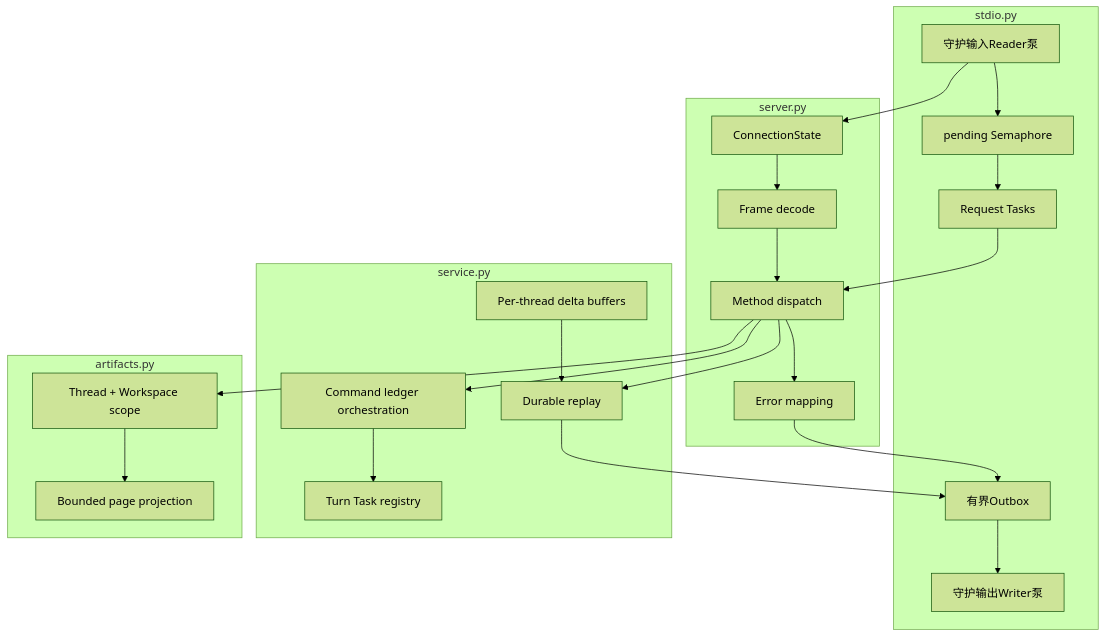
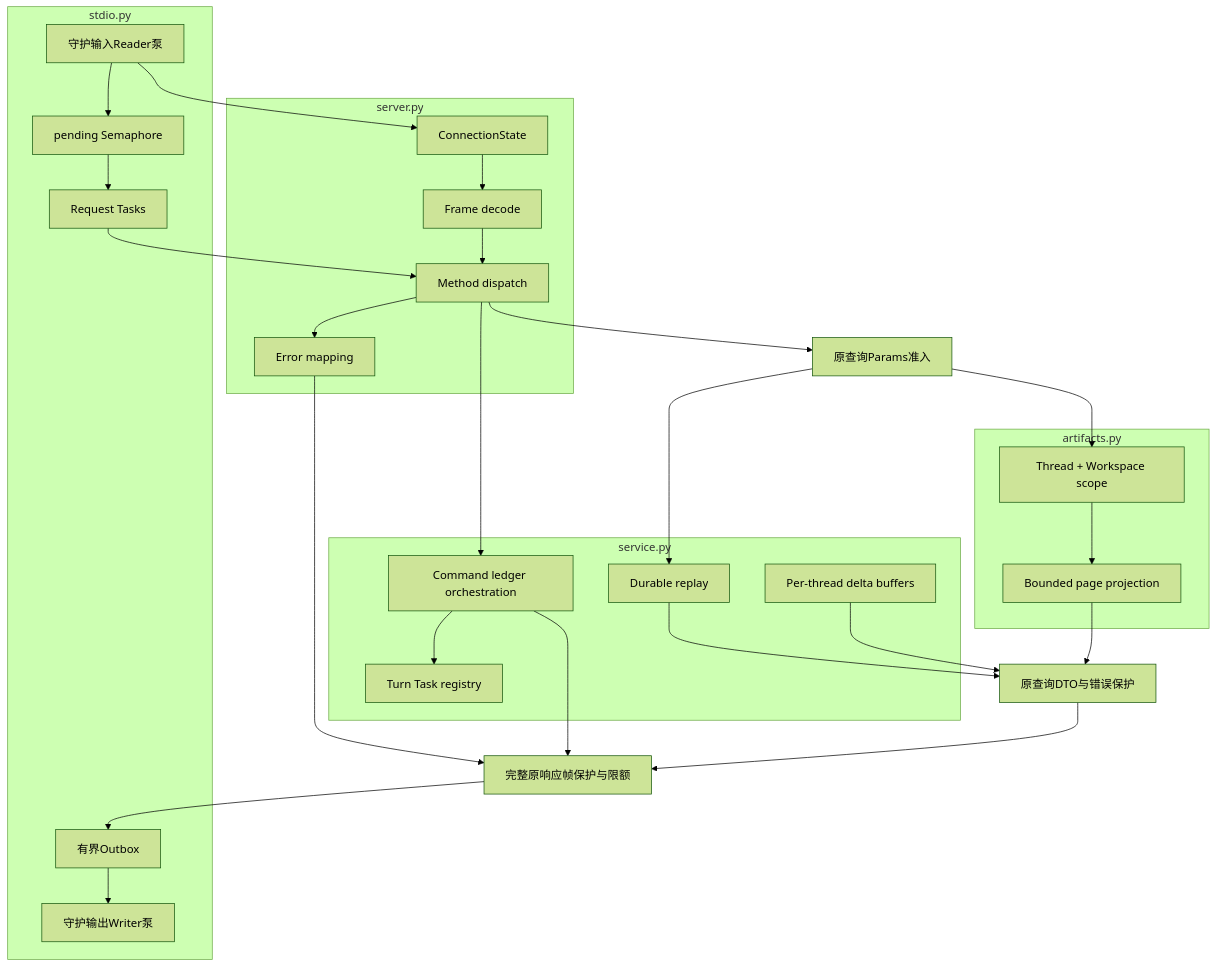
Before and after one commit to carrie1988/Harnessix: the second of 14 diagrams in docs/modules/app-server.md, drawn with Mermaid (forest theme). The commit also changed other lines of this file and 23 other files, not shown here.

````diff
--- a/docs/modules/app-server.md
+++ b/docs/modules/app-server.md
@@ -201,34 +201,39 @@
 ```mermaid
 flowchart TB
     subgraph Transport["stdio.py"]
         Reader["守护输入Reader泵"]
         Slots["pending Semaphore"]
         Tasks["Request Tasks"]
         Outbox["有界Outbox"]
         Writer["守护输出Writer泵"]
     end
     subgraph Connection["server.py"]
         State["ConnectionState"]
         Decode["Frame decode"]
         Dispatch["Method dispatch"]
         Errors["Error mapping"]
     end
     subgraph Application["service.py"]
         Commands["Command ledger orchestration"]
         Background["Turn Task registry"]
         Replay["Durable replay"]
         Deltas["Per-thread delta buffers"]
     end
     subgraph ArtifactBoundary["artifacts.py"]
         Scope["Thread + Workspace scope"]
         Pages["Bounded page projection"]
     end
     Reader --> State --> Decode --> Dispatch --> Commands
     Reader --> Slots --> Tasks --> Dispatch
     Commands --> Background
-    Dispatch --> Replay
-    Dispatch --> Scope --> Pages
-    Dispatch --> Errors --> Outbox --> Writer
-    Replay --> Outbox
-    Deltas --> Replay
+    Dispatch --> QueryInput["原查询Params准入"]
+    QueryInput --> Replay
+    QueryInput --> Scope --> Pages
+    Dispatch --> Errors --> FrameGate["完整原响应帧保护与限额"]
+    Commands --> FrameGate
+    Replay --> QueryDTO["原查询DTO与错误保护"]
+    Pages --> QueryDTO
+    Deltas --> QueryDTO
+    QueryDTO --> FrameGate
+    FrameGate --> Outbox --> Writer
 ```
````
